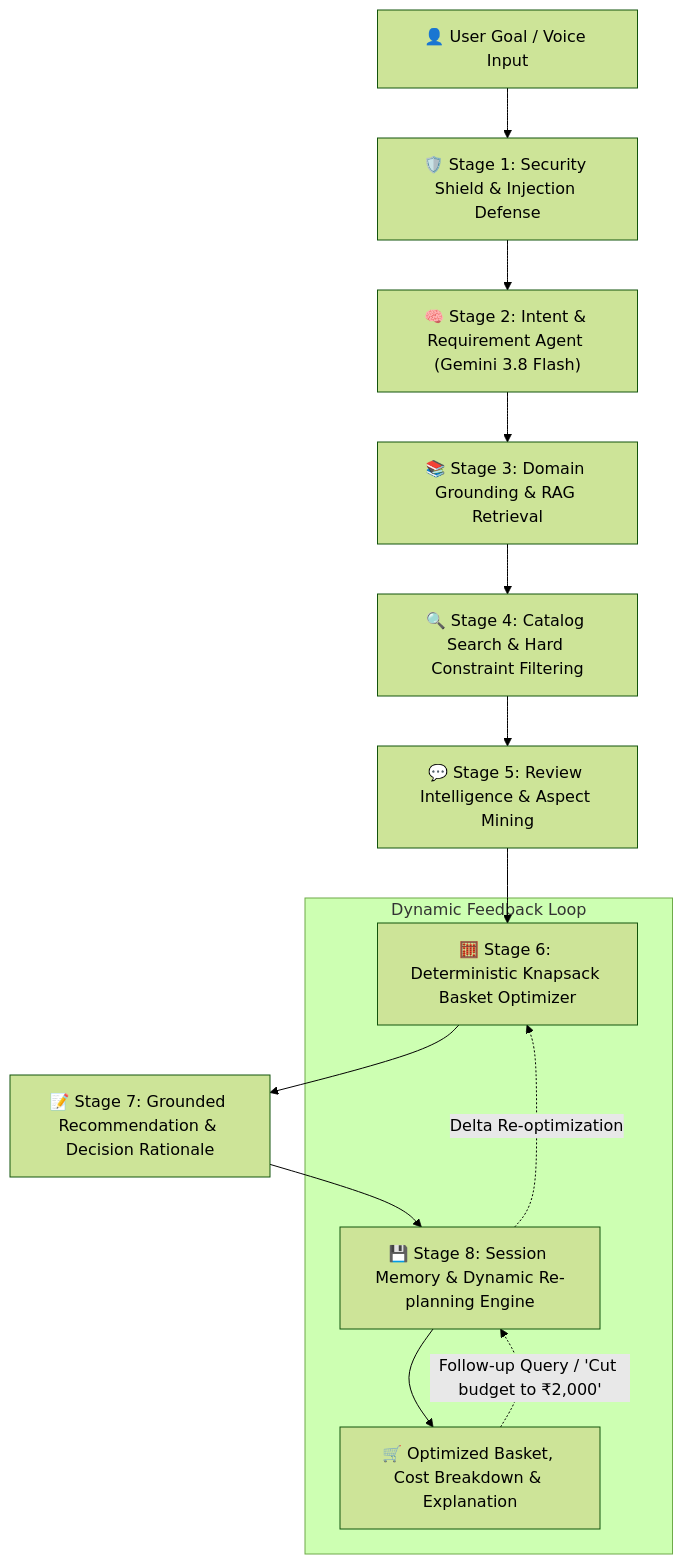
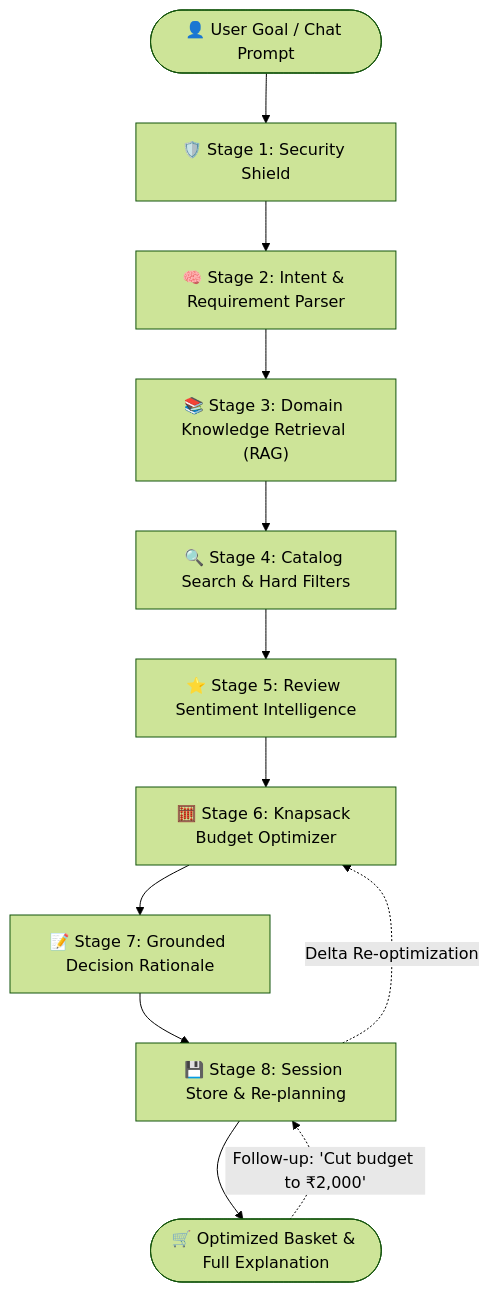
The diagram in README.md (Hjcreations-10/shopping_agent), drawn with Mermaid (forest theme) before and after one commit. The commit also changed other lines of this file, not shown here.

Commit message:
docs: improve README clarity, architecture overview, and quickstart guide

````diff
--- a/README.md
+++ b/README.md
@@ -46,17 +116,15 @@
 ```mermaid
 flowchart TD
-    A["👤 User Goal / Voice Input"] --> S1["🛡️ Stage 1: Security Shield & Injection Defense"]
-    S1 --> S2["🧠 Stage 2: Intent & Requirement Agent (Gemini 3.8 Flash)"]
-    S2 --> S3["📚 Stage 3: Domain Grounding & RAG Retrieval"]
-    S3 --> S4["🔍 Stage 4: Catalog Search & Hard Constraint Filtering"]
-    S4 --> S5["💬 Stage 5: Review Intelligence & Aspect Mining"]
-    S5 --> S6["🧮 Stage 6: Deterministic Knapsack Basket Optimizer"]
-    S6 --> S7["📝 Stage 7: Grounded Recommendation & Decision Rationale"]
-    S7 --> S8["💾 Stage 8: Session Memory & Dynamic Re-planning Engine"]
-    S8 --> R["🛒 Optimized Basket, Cost Breakdown & Explanation"]
+    User(["👤 User Goal / Chat Prompt"]) --> S1["🛡️ Stage 1: Security Shield"]
+    S1 --> S2["🧠 Stage 2: Intent & Requirement Parser"]
+    S2 --> S3["📚 Stage 3: Domain Knowledge Retrieval (RAG)"]
+    S3 --> S4["🔍 Stage 4: Catalog Search & Hard Filters"]
+    S4 --> S5["⭐ Stage 5: Review Sentiment Intelligence"]
+    S5 --> S6["🧮 Stage 6: Knapsack Budget Optimizer"]
+    S6 --> S7["📝 Stage 7: Grounded Decision Rationale"]
+    S7 --> S8["💾 Stage 8: Session Store & Re-planning"]
+    S8 --> Basket(["🛒 Optimized Basket & Full Explanation"])
 
-    subgraph Dynamic Feedback Loop
-        R -. "Follow-up Query / 'Cut budget to ₹2,000'" .-> S8
-        S8 -. "Delta Re-optimization" .-> S6
-    end
+    Basket -. "Follow-up: 'Cut budget to ₹2,000'" .-> S8
+    S8 -. "Delta Re-optimization" .-> S6
 ```
````
